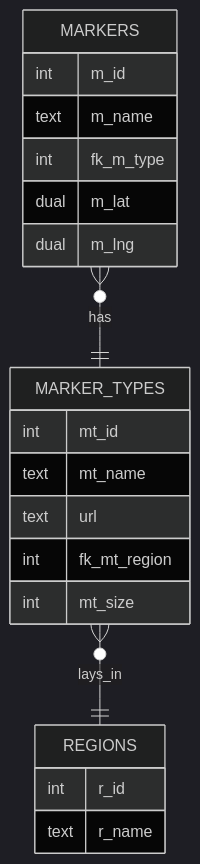
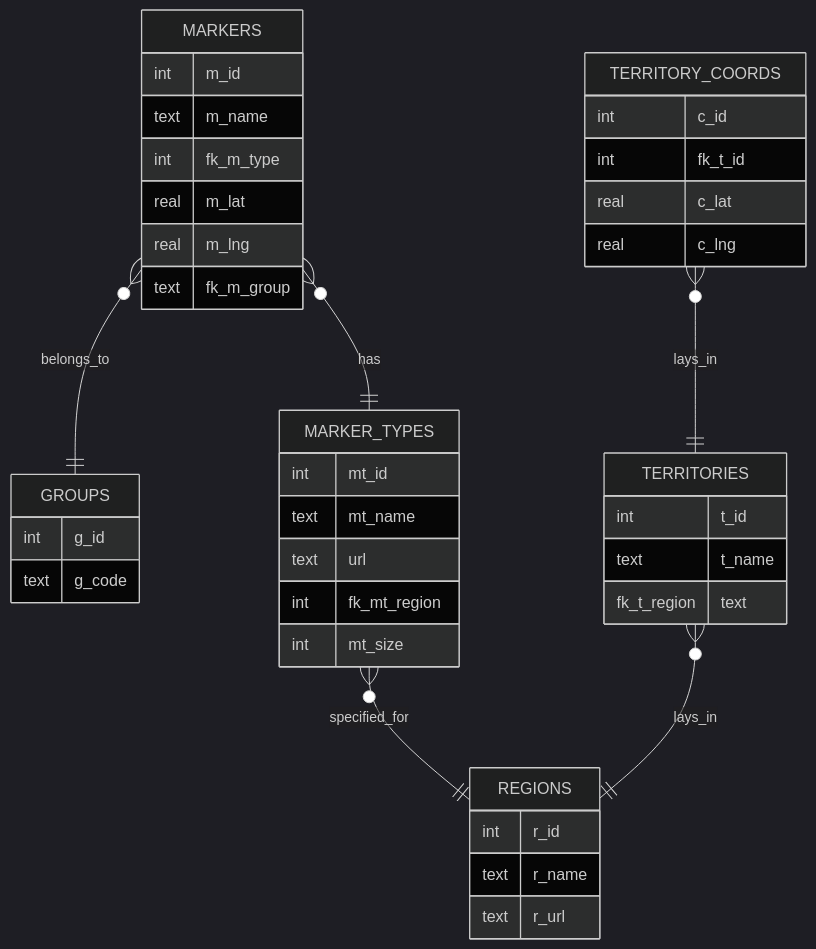
Before and after one commit to Zetsuboushii/faergriaMap: the diagram in src/DB.md, drawn with Mermaid (dark theme).

Commit message:
🦆 updated db.md

````diff
--- a/src/DB.md
+++ b/src/DB.md
@@ -1,24 +1,44 @@
 ```mermaid
 erDiagram
-    MARKERS {
-        int m_id
-        text m_name
-        int fk_m_type
-        dual m_lat
-        dual m_lng
+    GROUPS {
+        int g_id
+        text g_code
     }
     MARKER_TYPES {
         int mt_id
         text mt_name
         text url
         int fk_mt_region
         int mt_size
     }
+    MARKERS {
+        int m_id
+        text m_name
+        int fk_m_type
+        real m_lat
+        real m_lng
+        text fk_m_group
+    }
     REGIONS {
         int r_id
         text r_name
+        text r_url
+    }
+    TERRITORIES {
+        int t_id
+        text t_name
+        fk_t_region text
+    }
+    TERRITORY_COORDS {
+        int c_id
+        int fk_t_id
+        real c_lat
+        real c_lng
     }
     
     MARKERS }o--|| MARKER_TYPES : has
-    MARKER_TYPES }o--|| REGIONS : lays_in
+    MARKERS }o--|| GROUPS : belongs_to
+    MARKER_TYPES }o--|| REGIONS : specified_for
+    TERRITORIES }o--|| REGIONS : lays_in
+    TERRITORY_COORDS }o--|| TERRITORIES : lays_in
 ```
````
